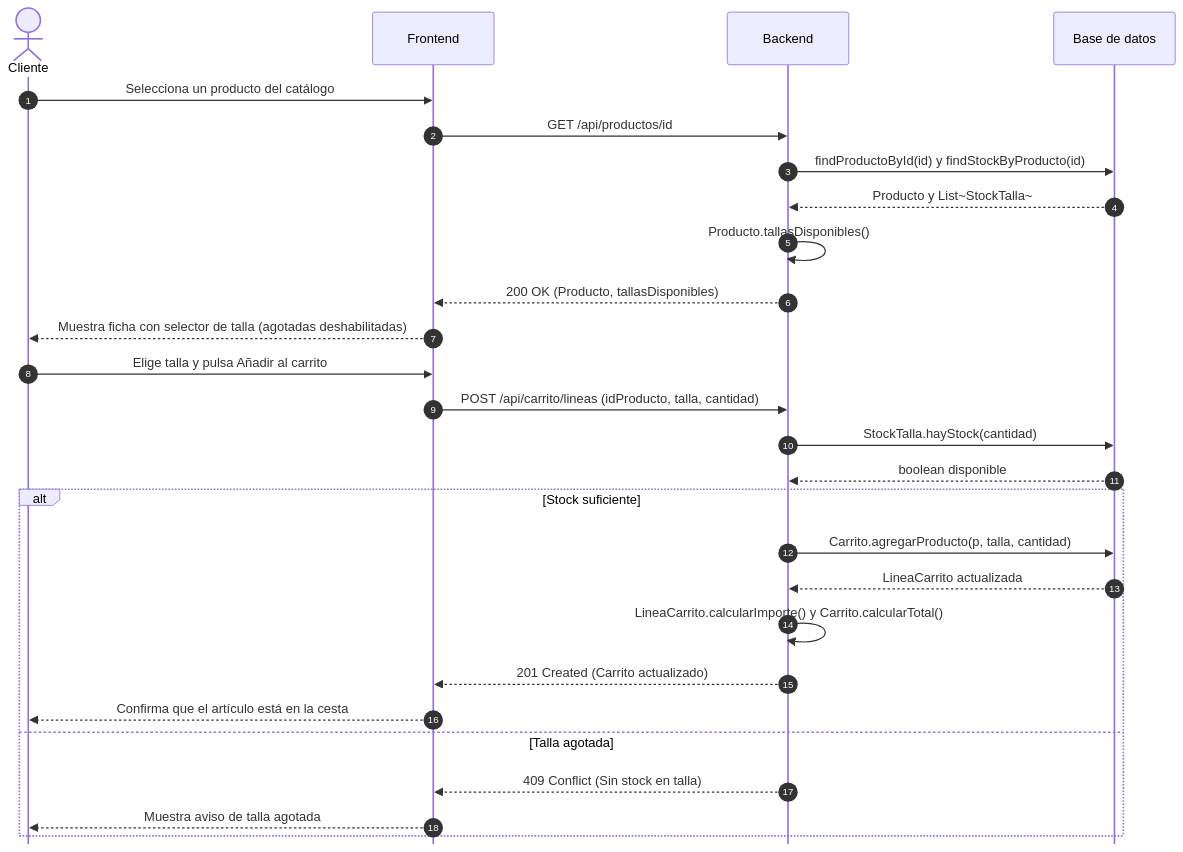
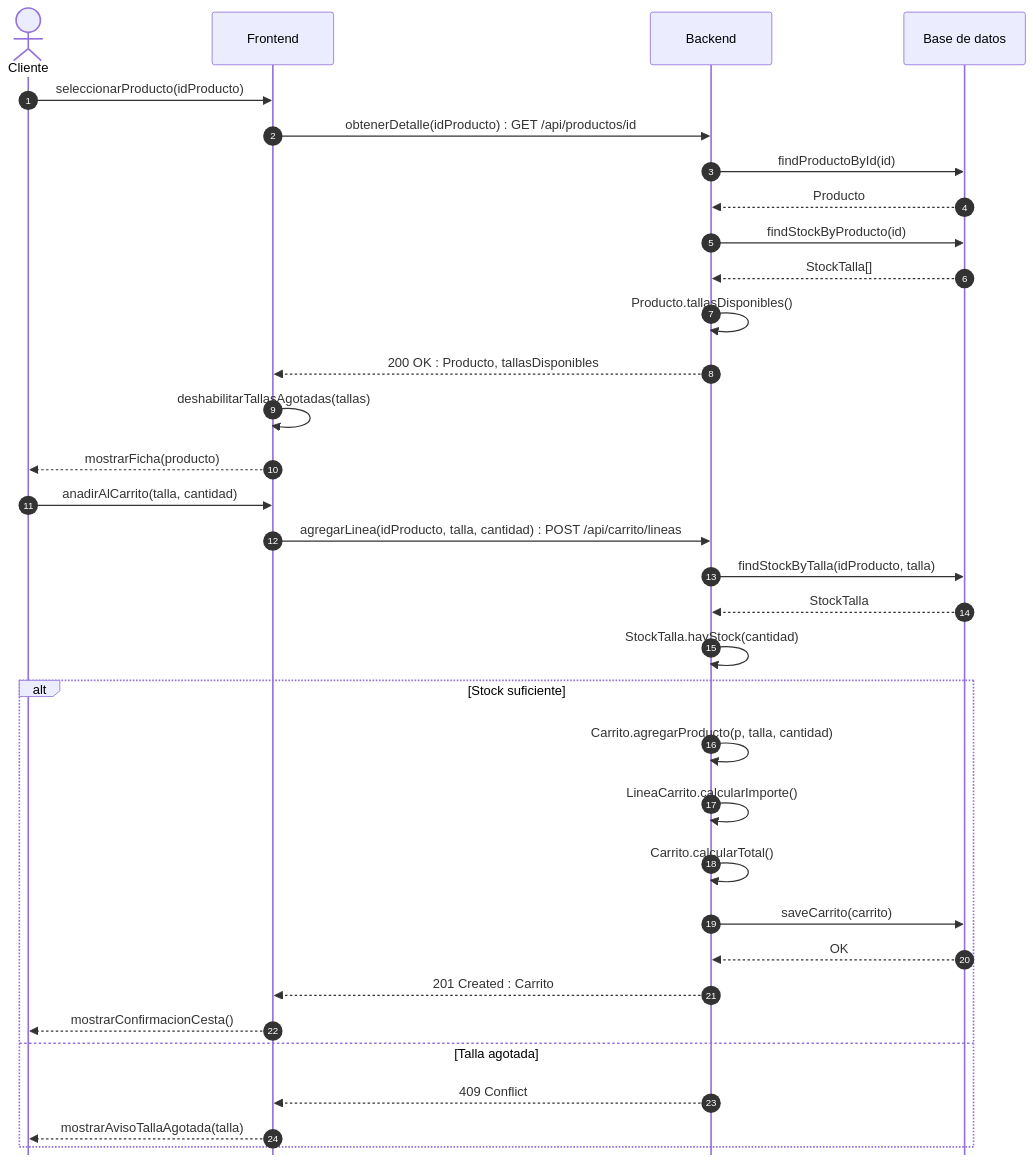
Before and after one commit to ajgarciarias10/PR3GPS: the diagram in Practica3_G11_LaTeX/codigo/sec_us02.mmd, drawn with Mermaid. The commit also changed 22 other files, not shown here.

First line of the commit message:
fix(bloque3): diagramas de secuencia con nombres de métodos en lugar de frases

```diff
--- a/Practica3_G11_LaTeX/codigo/sec_us02.mmd
+++ b/Practica3_G11_LaTeX/codigo/sec_us02.mmd
@@ -1,28 +1,34 @@
 %%{init: {'sequence': {'mirrorActors': false}}}%%
 sequenceDiagram
     autonumber
     actor U as Cliente
     participant FE as Frontend
     participant BE as Backend
     participant DB as Base de datos
-    U->>FE: Selecciona un producto del catálogo
-    FE->>BE: GET /api/productos/id
-    BE->>DB: findProductoById(id) y findStockByProducto(id)
-    DB-->>BE: Producto y List~StockTalla~
+    U->>FE: seleccionarProducto(idProducto)
+    FE->>BE: obtenerDetalle(idProducto) : GET /api/productos/id
+    BE->>DB: findProductoById(id)
+    DB-->>BE: Producto
+    BE->>DB: findStockByProducto(id)
+    DB-->>BE: StockTalla[]
     BE->>BE: Producto.tallasDisponibles()
-    BE-->>FE: 200 OK (Producto, tallasDisponibles)
-    FE-->>U: Muestra ficha con selector de talla (agotadas deshabilitadas)
-    U->>FE: Elige talla y pulsa Añadir al carrito
-    FE->>BE: POST /api/carrito/lineas (idProducto, talla, cantidad)
-    BE->>DB: StockTalla.hayStock(cantidad)
-    DB-->>BE: boolean disponible
+    BE-->>FE: 200 OK : Producto, tallasDisponibles
+    FE->>FE: deshabilitarTallasAgotadas(tallas)
+    FE-->>U: mostrarFicha(producto)
+    U->>FE: anadirAlCarrito(talla, cantidad)
+    FE->>BE: agregarLinea(idProducto, talla, cantidad) : POST /api/carrito/lineas
+    BE->>DB: findStockByTalla(idProducto, talla)
+    DB-->>BE: StockTalla
+    BE->>BE: StockTalla.hayStock(cantidad)
     alt Stock suficiente
-        BE->>DB: Carrito.agregarProducto(p, talla, cantidad)
-        DB-->>BE: LineaCarrito actualizada
-        BE->>BE: LineaCarrito.calcularImporte() y Carrito.calcularTotal()
-        BE-->>FE: 201 Created (Carrito actualizado)
-        FE-->>U: Confirma que el artículo está en la cesta
+        BE->>BE: Carrito.agregarProducto(p, talla, cantidad)
+        BE->>BE: LineaCarrito.calcularImporte()
+        BE->>BE: Carrito.calcularTotal()
+        BE->>DB: saveCarrito(carrito)
+        DB-->>BE: OK
+        BE-->>FE: 201 Created : Carrito
+        FE-->>U: mostrarConfirmacionCesta()
     else Talla agotada
-        BE-->>FE: 409 Conflict (Sin stock en talla)
-        FE-->>U: Muestra aviso de talla agotada
+        BE-->>FE: 409 Conflict
+        FE-->>U: mostrarAvisoTallaAgotada(talla)
     end
```
